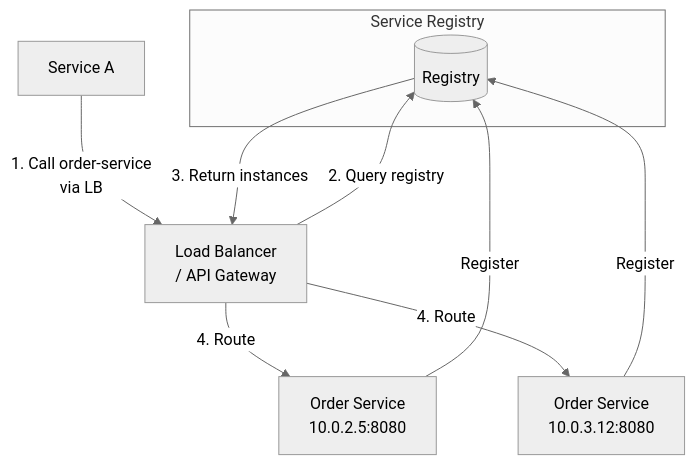
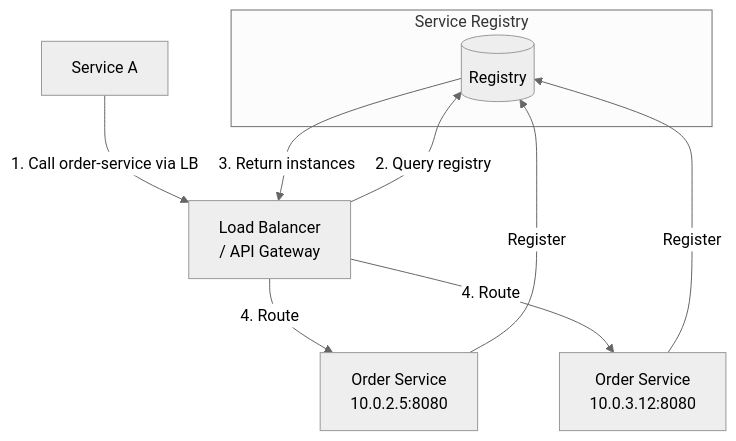
One commit to vladiant/vladiant changed the fifth of 10 diagrams in software_architecture/07_service_discovery_registration.md. Above: the diagram before and after it, drawn with Mermaid (neutral theme). The commit also changed other lines of this file and 2 other files, not shown here.

Commit message:
Fix mermaid renderings

````diff
--- a/software_architecture/07_service_discovery_registration.md
+++ b/software_architecture/07_service_discovery_registration.md
@@ -104,15 +104,15 @@
 ```mermaid
 graph TB
     subgraph "Service Registry"
         REG[(Registry)]
     end
 
-    SA[Service A] -- "1. Call order-service<br/>via LB" --> LB[Load Balancer<br/>/ API Gateway]
+    SA[Service A] -- "1. Call order-service via LB" --> LB[Load Balancer<br/>/ API Gateway]
     LB -- "2. Query registry" --> REG
     REG -- "3. Return instances" --> LB
     LB -- "4. Route" --> OB1[Order Service<br/>10.0.2.5:8080]
     LB -- "4. Route" --> OB2[Order Service<br/>10.0.3.12:8080]
 
     OB1 -- "Register" --> REG
     OB2 -- "Register" --> REG
 ```
````
